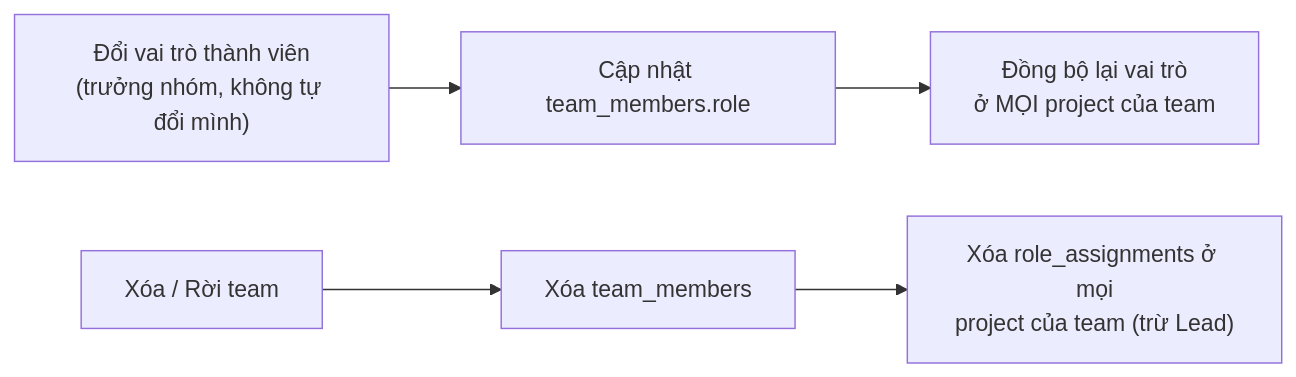
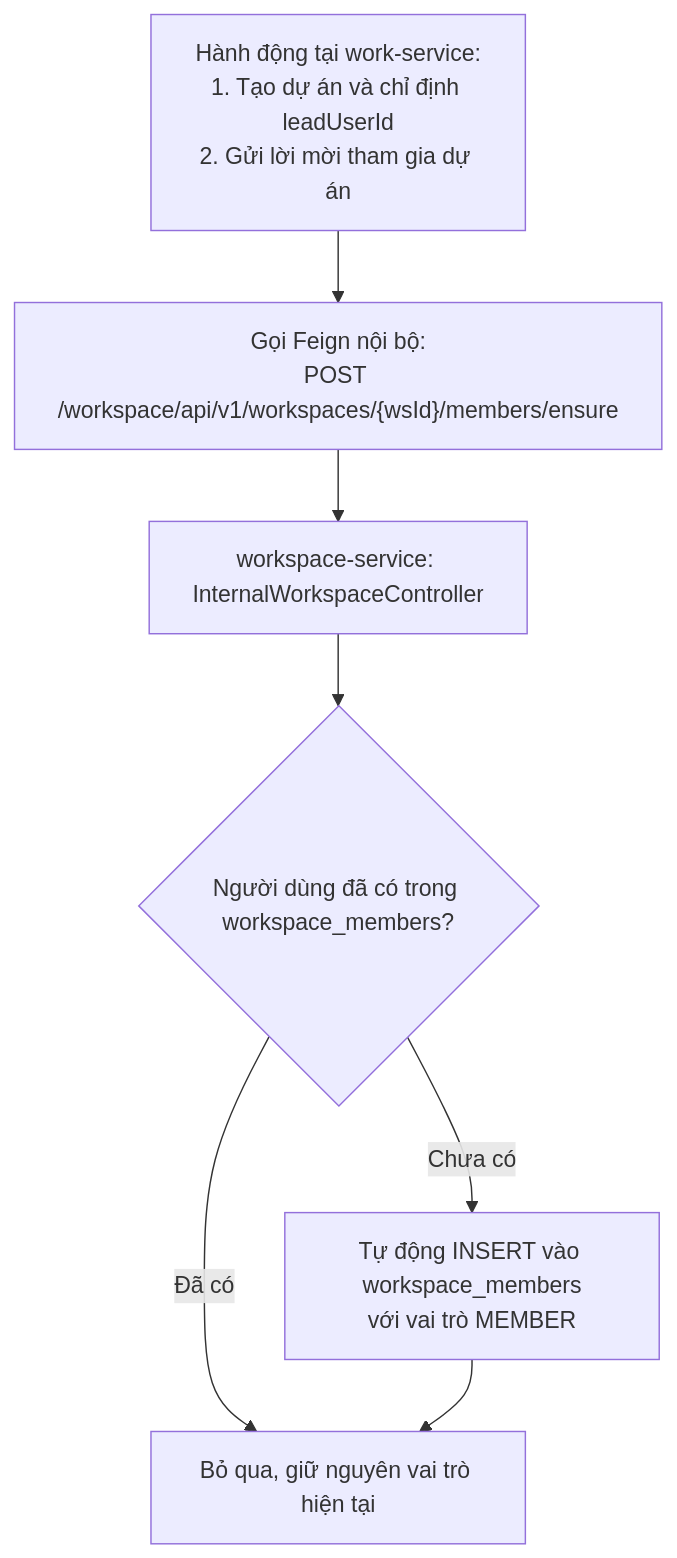
Before and after one commit to Hecker-Chuoi/DATN-2026: the third of 6 diagrams in formal_doc/03_NGHIEP_VU_WORKSPACE_TEAM_MEMBER.md, drawn with Mermaid. The commit also changed other lines of this file and 60 other files, not shown here.

````diff
--- a/formal_doc/03_NGHIEP_VU_WORKSPACE_TEAM_MEMBER.md
+++ b/formal_doc/03_NGHIEP_VU_WORKSPACE_TEAM_MEMBER.md
@@ -215,7 +125,9 @@
 ```mermaid
-flowchart LR
-    A["Đổi vai trò thành viên<br/>(trưởng nhóm, không tự đổi mình)"] --> B["Cập nhật team_members.role"]
-    B --> C["Đồng bộ lại vai trò<br/>ở MỌI project của team"]
-    D["Xóa / Rời team"] --> E["Xóa team_members"]
-    E --> F["Xóa role_assignments ở mọi<br/>project của team (trừ Lead)"]
+flowchart TD
+    A["Hành động tại work-service:<br/>1. Tạo dự án và chỉ định leadUserId<br/>2. Gửi lời mời tham gia dự án"] --> B["Gọi Feign nội bộ:<br/>POST /workspace/api/v1/workspaces/{wsId}/members/ensure"]
+    B --> C["workspace-service: InternalWorkspaceController"]
+    C --> D{"Người dùng đã có trong workspace_members?"}
+    D -- "Đã có" --> OK["Bỏ qua, giữ nguyên vai trò hiện tại"]
+    D -- "Chưa có" --> E["Tự động INSERT vào workspace_members<br/>với vai trò MEMBER"]
+    E --> OK
 ```
````
